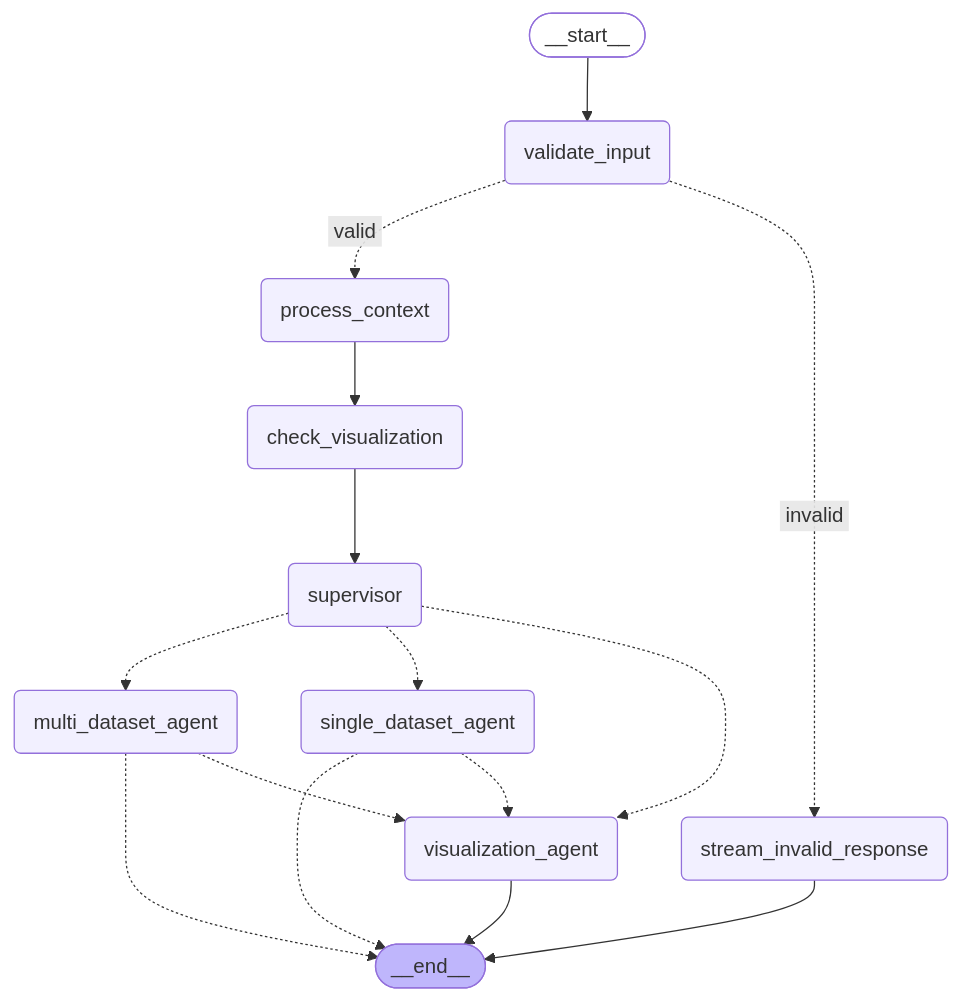
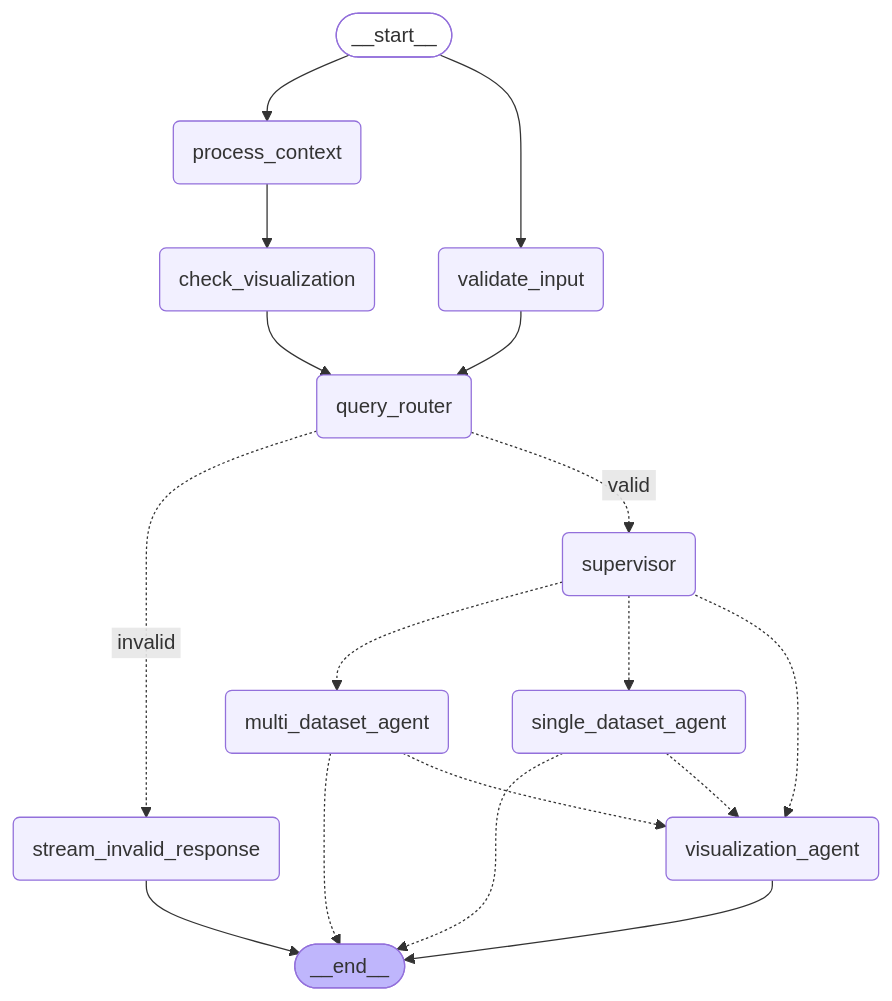
The diagram in chat-server/app/workflow/graph/graph_mermaid/agent_graph.mmd (factly/gopie), drawn with Mermaid before and after one commit. The commit also changed 10 other files, not shown here.

```diff
--- a/chat-server/app/workflow/graph/graph_mermaid/agent_graph.mmd
+++ b/chat-server/app/workflow/graph/graph_mermaid/agent_graph.mmd
@@ -1,33 +1,36 @@
 ---
 config:
   flowchart:
     curve: basis
 ---
 graph TD;
 	__start__([<p>__start__</p>]):::first
 	validate_input(validate_input)
 	stream_invalid_response(stream_invalid_response)
 	process_context(process_context)
 	supervisor(supervisor)
 	multi_dataset_agent(multi_dataset_agent)
 	single_dataset_agent(single_dataset_agent)
 	visualization_agent(visualization_agent)
 	check_visualization(check_visualization)
+	query_router(query_router)
 	__end__([<p>__end__</p>]):::last
+	__start__ --> process_context;
 	__start__ --> validate_input;
-	check_visualization --> supervisor;
+	check_visualization --> query_router;
 	multi_dataset_agent -.-> __end__;
 	multi_dataset_agent -.-> visualization_agent;
 	process_context --> check_visualization;
+	query_router -. &nbsp;invalid&nbsp; .-> stream_invalid_response;
+	query_router -. &nbsp;valid&nbsp; .-> supervisor;
 	single_dataset_agent -.-> __end__;
 	single_dataset_agent -.-> visualization_agent;
 	supervisor -.-> multi_dataset_agent;
 	supervisor -.-> single_dataset_agent;
 	supervisor -.-> visualization_agent;
-	validate_input -. &nbsp;valid&nbsp; .-> process_context;
-	validate_input -. &nbsp;invalid&nbsp; .-> stream_invalid_response;
+	validate_input --> query_router;
 	stream_invalid_response --> __end__;
 	visualization_agent --> __end__;
 	classDef default fill:#f2f0ff,line-height:1.2
 	classDef first fill-opacity:0
 	classDef last fill:#bfb6fc
```
